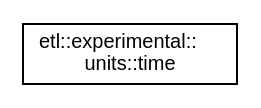
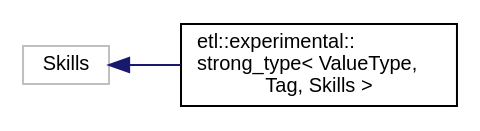
Before and after one commit to tobanteAudio/taetl: the diagram in inherit_graph_20.dot, drawn with Graphviz. The commit also changed 187 other files, not shown here.

```diff
--- a/inherit_graph_20.dot
+++ b/inherit_graph_20.dot
@@ -1,7 +1,9 @@
 digraph "Graphical Class Hierarchy"
 {
   edge [fontname="Helvetica",fontsize="10",labelfontname="Helvetica",labelfontsize="10"];
   node [fontname="Helvetica",fontsize="10",shape=record];
   rankdir="LR";
-  Node0 [label="etl::experimental::\lunits::time",height=0.2,width=0.4,color="black", fillcolor="white", style="filled",URL="$structetl_1_1experimental_1_1units_1_1time.html"];
+  Node10 [label="Skills",height=0.2,width=0.4,color="grey75", fillcolor="white", style="filled"];
+  Node10 -> Node0 [dir="back",color="midnightblue",fontsize="10",style="solid",fontname="Helvetica"];
+  Node0 [label="etl::experimental::\lstrong_type\< ValueType,\l Tag, Skills \>",height=0.2,width=0.4,color="black", fillcolor="white", style="filled",URL="$structetl_1_1experimental_1_1strong__type.html",tooltip="Wraps a built-in type. "];
 }
```
